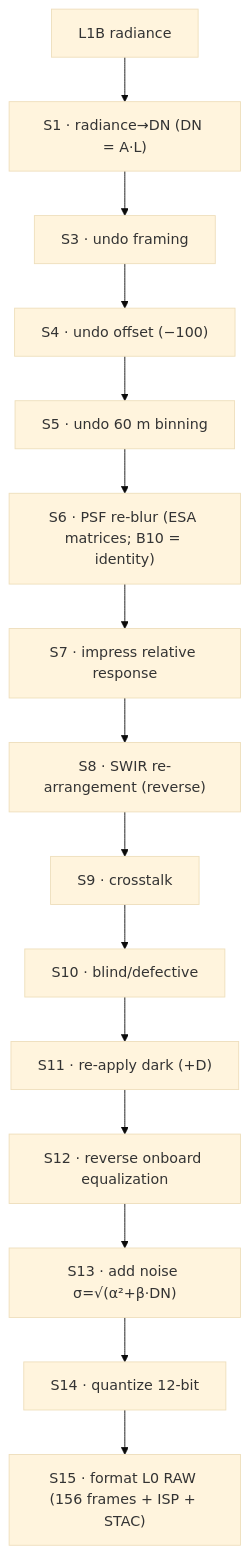
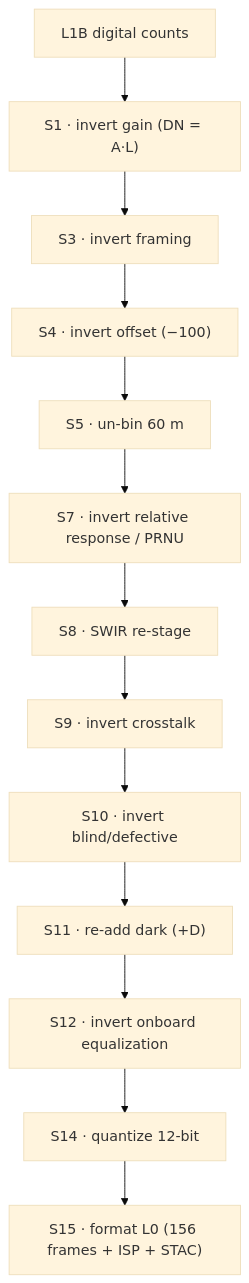
Before and after one commit to AstroCan17/s2-msi-raw-generator: the first of 2 diagrams in docs/sdd/overview.md, drawn with Mermaid (base theme). The commit also changed other lines of this file and 40 other files, not shown here.

````diff
--- a/docs/sdd/overview.md
+++ b/docs/sdd/overview.md
@@ -39,19 +42,17 @@
 ```mermaid
 flowchart TD
-    IN["L1B radiance"]
-    S1["S1 · radiance→DN (DN = A·L)"]
-    S3["S3 · undo framing"]
-    S4["S4 · undo offset (−100)"]
-    S5["S5 · undo 60 m binning"]
-    S6["S6 · PSF re-blur (ESA matrices; B10 = identity)"]
-    S7["S7 · impress relative response"]
-    S8["S8 · SWIR re-arrangement (reverse)"]
-    S9["S9 · crosstalk"]
-    S10["S10 · blind/defective"]
-    S11["S11 · re-apply dark (+D)"]
-    S12["S12 · reverse onboard equalization"]
-    S13["S13 · add noise σ=√(α²+β·DN)"]
+    IN["L1B digital counts"]
+    S1["S1 · invert gain (DN = A·L)"]
+    S3["S3 · invert framing"]
+    S4["S4 · invert offset (−100)"]
+    S5["S5 · un-bin 60 m"]
+    S7["S7 · invert relative response / PRNU"]
+    S8["S8 · SWIR re-stage"]
+    S9["S9 · invert crosstalk"]
+    S10["S10 · invert blind/defective"]
+    S11["S11 · re-add dark (+D)"]
+    S12["S12 · invert onboard equalization"]
     S14["S14 · quantize 12-bit"]
-    S15["S15 · format L0 RAW (156 frames + ISP + STAC)"]
-    IN --> S1 --> S3 --> S4 --> S5 --> S6 --> S7 --> S8 --> S9 --> S10 --> S11 --> S12 --> S13 --> S14 --> S15
+    S15["S15 · format L0 (156 frames + ISP + STAC)"]
+    IN --> S1 --> S3 --> S4 --> S5 --> S7 --> S8 --> S9 --> S10 --> S11 --> S12 --> S14 --> S15
 ```
````
